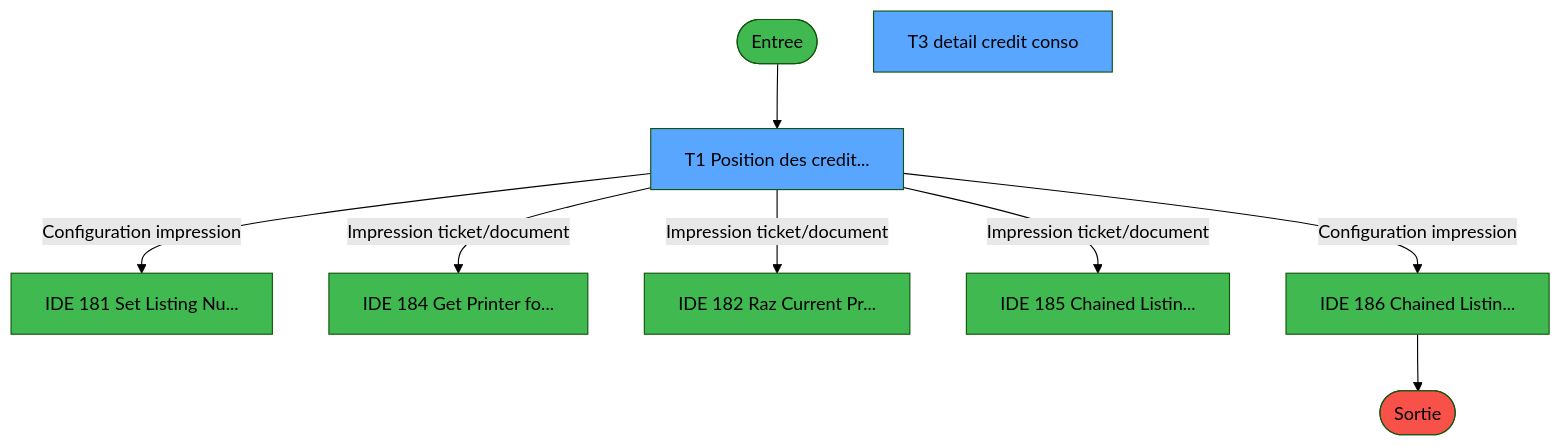
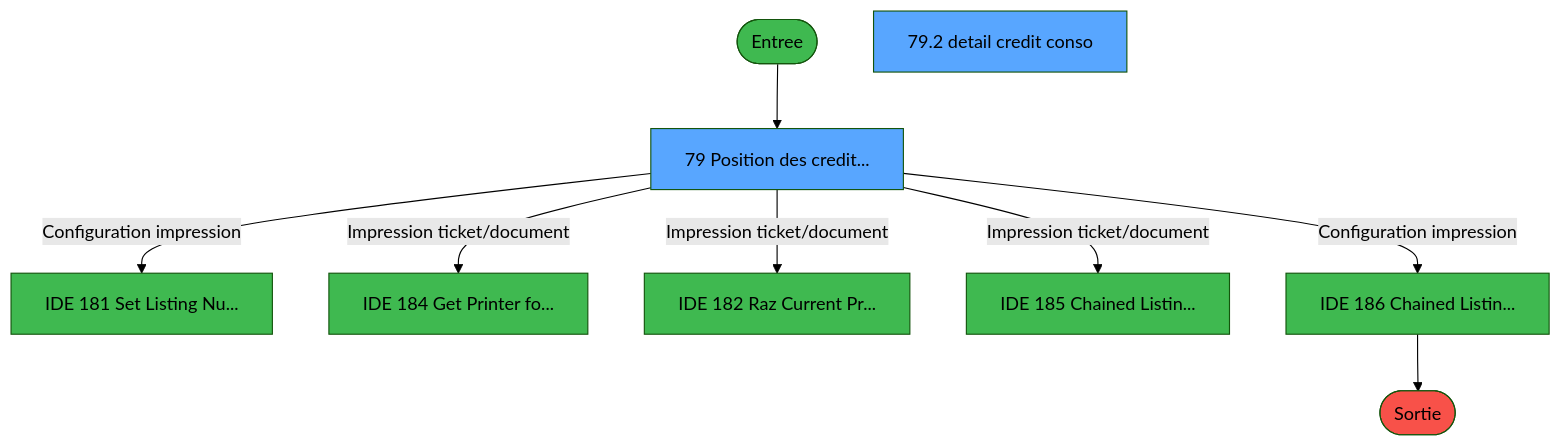
One commit to thonyAGP/lecteur-magic changed the first of 4 diagrams in .openspec/specs/ADH-IDE-79.md. Above: the diagram before and after it, drawn with Mermaid (forest theme). The commit also changed other lines of this file and 493 other files, not shown here.

````diff
--- a/.openspec/specs/ADH-IDE-79.md
+++ b/.openspec/specs/ADH-IDE-79.md
@@ -745,28 +771,28 @@
 ```mermaid
 flowchart TD
     START([Entree])
     style START fill:#3fb950
-    VF1[T1 Position des credit...]
+    VF1[79 Position des credit...]
     style VF1 fill:#58a6ff
-    VF3[T3 detail credit conso]
+    VF3[79.2 detail credit conso]
     style VF3 fill:#58a6ff
     EXT181[IDE 181 Set Listing Nu...]
     style EXT181 fill:#3fb950
     EXT184[IDE 184 Get Printer fo...]
     style EXT184 fill:#3fb950
     EXT182[IDE 182 Raz Current Pr...]
     style EXT182 fill:#3fb950
     EXT185[IDE 185 Chained Listin...]
     style EXT185 fill:#3fb950
     EXT186[IDE 186 Chained Listin...]
     style EXT186 fill:#3fb950
     FIN([Sortie])
     style FIN fill:#f85149
     START --> VF1
     VF1 -->|Configuration impression| EXT181
     VF1 -->|Impression ticket/document| EXT184
     VF1 -->|Impression ticket/document| EXT182
     VF1 -->|Impression ticket/document| EXT185
     VF1 -->|Configuration impression| EXT186
     EXT186 --> FIN
 ```
````
